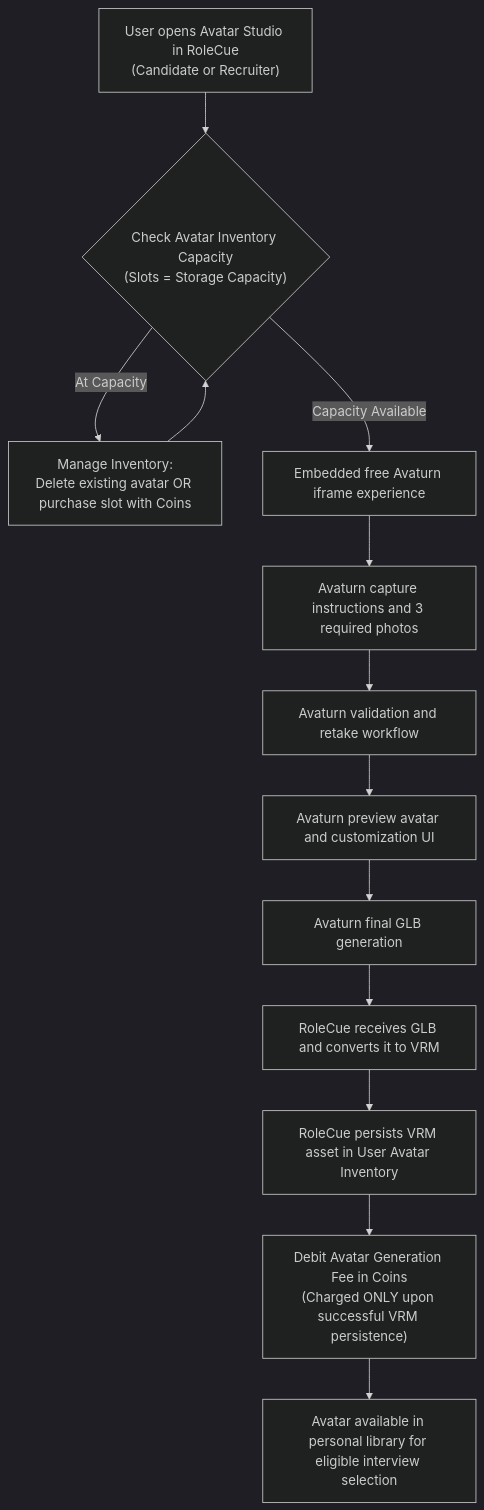
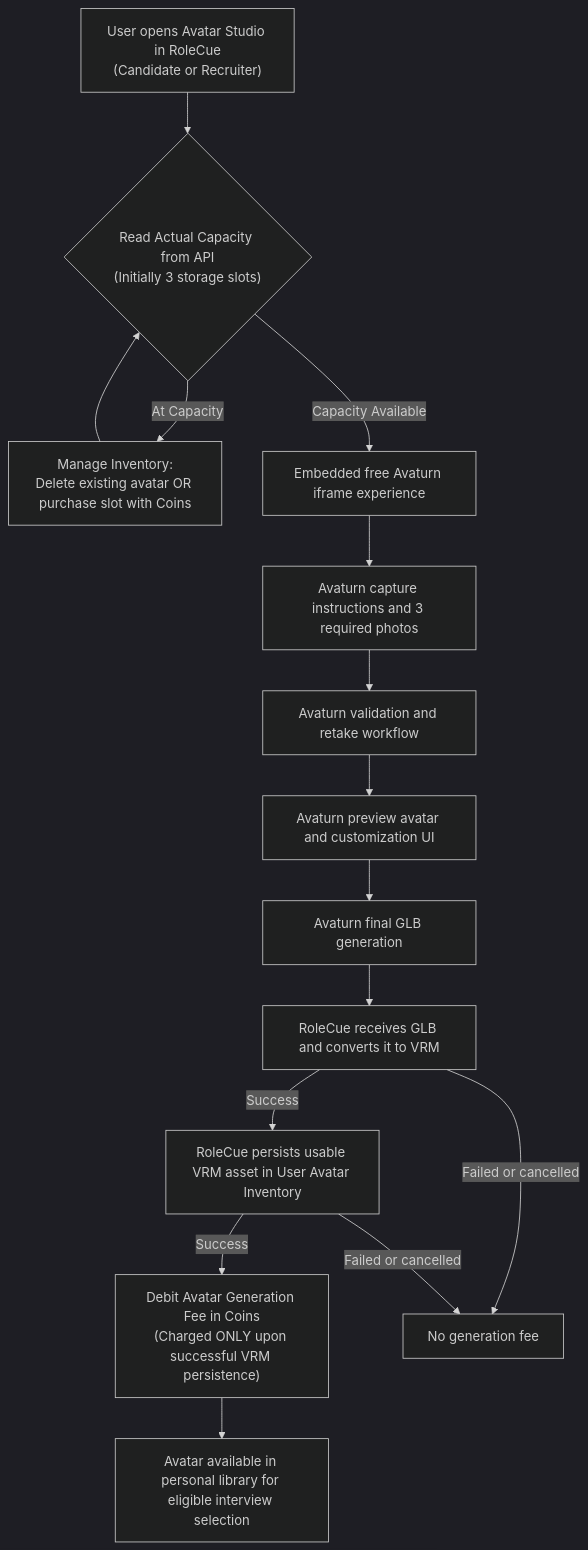
One commit to cog-forge/role-cue-brain changed the third of 3 diagrams in 00_Project/Core-Flows.md. Above: the diagram before and after it, drawn with Mermaid (dark theme). The commit also changed other lines of this file and 14 other files, not shown here.

````diff
--- a/00_Project/Core-Flows.md
+++ b/00_Project/Core-Flows.md
@@ -250,17 +259,19 @@
 ```mermaid
 flowchart TD
-    START["User opens Avatar Studio in RoleCue<br/>(Candidate or Recruiter)"] --> CAP_CHECK{"Check Avatar Inventory Capacity<br/>(Slots = Storage Capacity)"}
+    START["User opens Avatar Studio in RoleCue<br/>(Candidate or Recruiter)"] --> CAP_CHECK{"Read Actual Capacity from API<br/>(Initially 3 storage slots)"}
     CAP_CHECK -->|At Capacity| MANAGE["Manage Inventory:<br/>Delete existing avatar OR purchase slot with Coins"]
     MANAGE --> CAP_CHECK
     CAP_CHECK -->|Capacity Available| IFRAME["Embedded free Avaturn iframe experience"]
     
     IFRAME --> CAPTURE["Avaturn capture instructions and 3 required photos"]
     CAPTURE --> VALIDATE["Avaturn validation and retake workflow"]
     VALIDATE --> PREVIEW["Avaturn preview avatar and customization UI"]
     PREVIEW --> GLB["Avaturn final GLB generation"]
     
     GLB --> CONVERT["RoleCue receives GLB and converts it to VRM"]
-    CONVERT --> PERSIST["RoleCue persists VRM asset in User Avatar Inventory"]
-    PERSIST --> CHARGE["Debit Avatar Generation Fee in Coins<br/>(Charged ONLY upon successful VRM persistence)"]
+    CONVERT -->|Success| PERSIST["RoleCue persists usable VRM asset in User Avatar Inventory"]
+    PERSIST -->|Success| CHARGE["Debit Avatar Generation Fee in Coins<br/>(Charged ONLY upon successful VRM persistence)"]
+    CONVERT -->|Failed or cancelled| NO_FEE["No generation fee"]
+    PERSIST -->|Failed or cancelled| NO_FEE
     CHARGE --> READY["Avatar available in personal library for eligible interview selection"]
 ```
````
